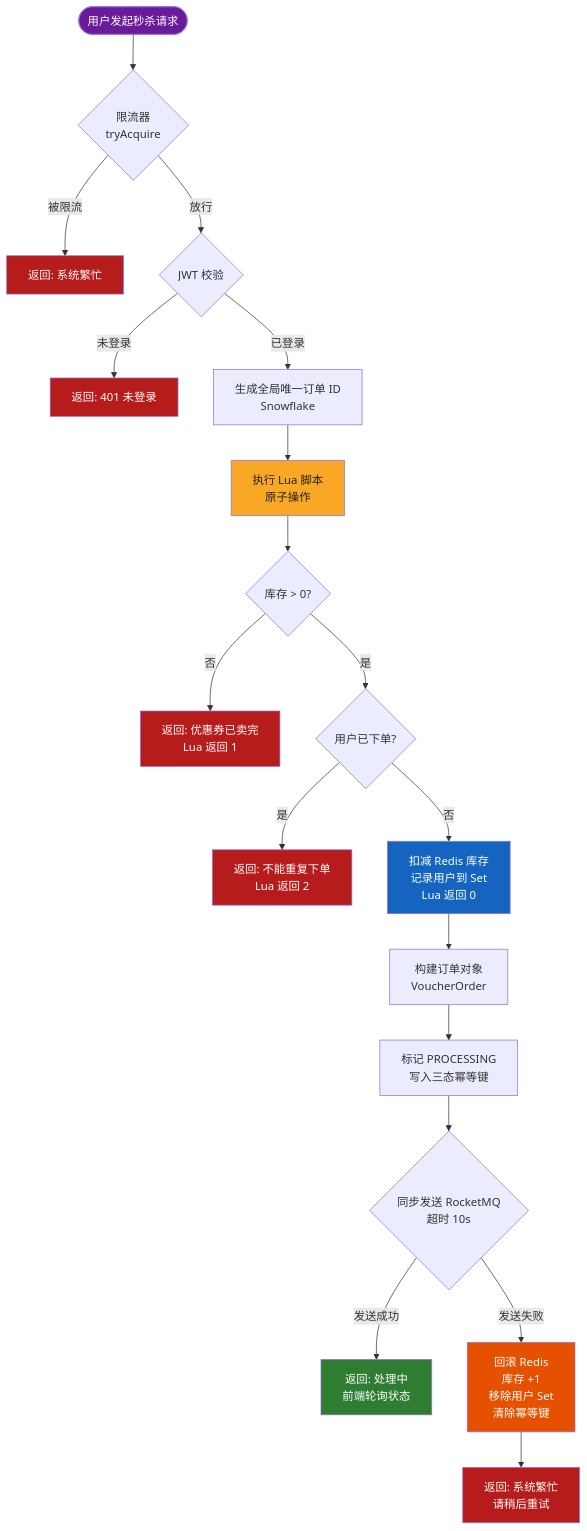
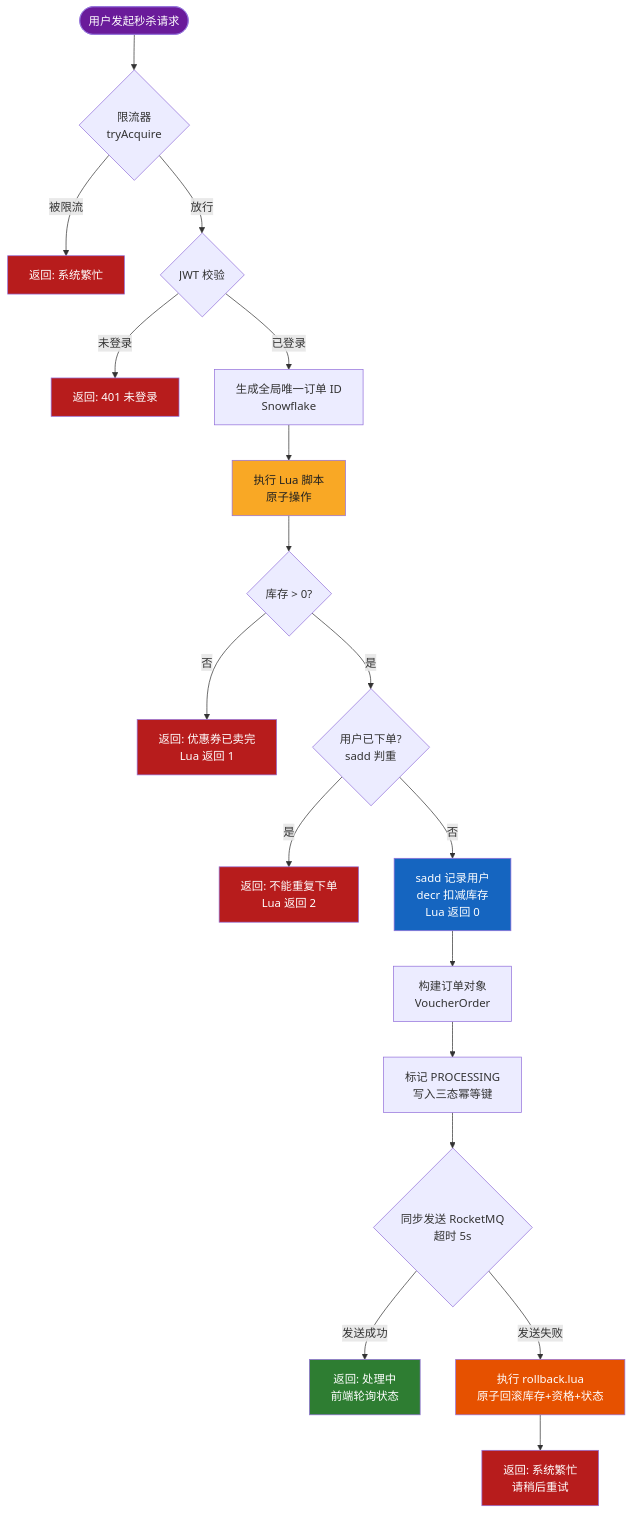
The second of 3 diagrams in README.md (Shardkiht/FlashDeal), drawn with Mermaid before and after one commit. The commit also changed other lines of this file and 1 other file, not shown here.

First line of the commit message:
refactor(seckill): 优化 Redis Lua 脚本实现原子操作

````diff
--- a/README.md
+++ b/README.md
@@ -136,33 +138,33 @@
 ```mermaid
 flowchart TD
     START([用户发起秒杀请求]) --> LIMIT{限流器<br/>tryAcquire}
     LIMIT -->|被限流| R1[返回: 系统繁忙]
     LIMIT -->|放行| AUTH{JWT 校验}
     AUTH -->|未登录| R2[返回: 401 未登录]
     AUTH -->|已登录| GEN[生成全局唯一订单 ID<br/>Snowflake]
 
     GEN --> LUA[执行 Lua 脚本<br/>原子操作]
     LUA --> CHECK1{库存 > 0?}
     CHECK1 -->|否| R3[返回: 优惠券已卖完<br/>Lua 返回 1]
-    CHECK1 -->|是| CHECK2{用户已下单?}
+    CHECK1 -->|是| CHECK2{用户已下单?<br/>sadd 判重}
     CHECK2 -->|是| R4[返回: 不能重复下单<br/>Lua 返回 2]
-    CHECK2 -->|否| DECR[扣减 Redis 库存<br/>记录用户到 Set<br/>Lua 返回 0]
+    CHECK2 -->|否| DECR[sadd 记录用户<br/>decr 扣减库存<br/>Lua 返回 0]
 
     DECR --> BUILD[构建订单对象<br/>VoucherOrder]
     BUILD --> MARK[标记 PROCESSING<br/>写入三态幂等键]
-    MARK --> MQ{同步发送 RocketMQ<br/>超时 10s}
+    MARK --> MQ{同步发送 RocketMQ<br/>超时 5s}
     MQ -->|发送成功| OK[返回: 处理中<br/>前端轮询状态]
-    MQ -->|发送失败| ROLLBACK[回滚 Redis<br/>库存 +1<br/>移除用户 Set<br/>清除幂等键]
+    MQ -->|发送失败| ROLLBACK[执行 rollback.lua<br/>原子回滚库存+资格+状态]
     ROLLBACK --> R5[返回: 系统繁忙<br/>请稍后重试]
 
     style START fill:#6a1b9a,color:#fff
     style OK fill:#2e7d32,color:#fff
     style R1 fill:#b71c1c,color:#fff
     style R2 fill:#b71c1c,color:#fff
     style R3 fill:#b71c1c,color:#fff
     style R4 fill:#b71c1c,color:#fff
     style R5 fill:#b71c1c,color:#fff
     style LUA fill:#f9a825,color:#212121
     style DECR fill:#1565c0,color:#fff
     style ROLLBACK fill:#e65100,color:#fff
 ```
````
